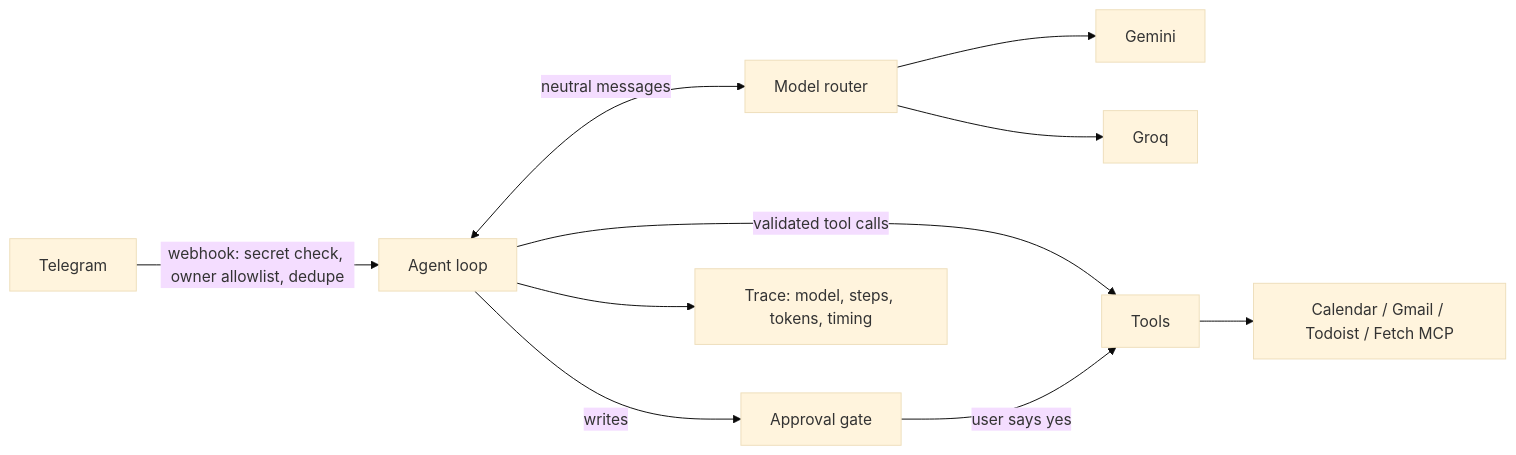
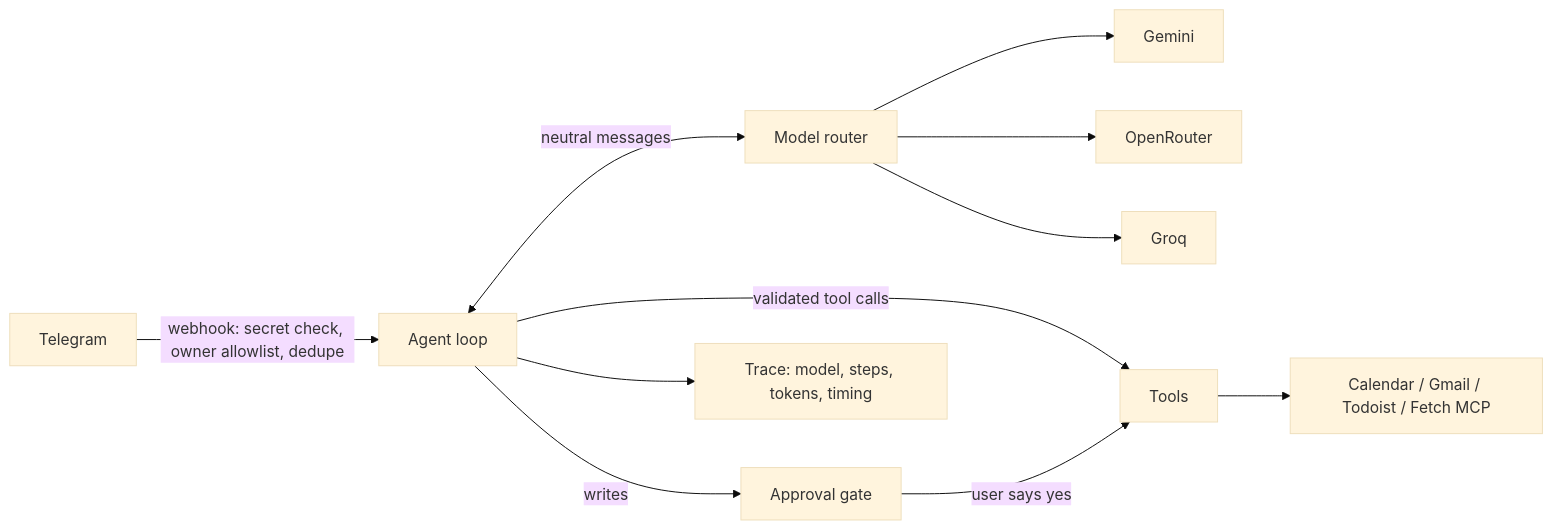
One commit to np2400/sidekick changed the first of 2 diagrams in README.md. Above: the diagram before and after it, drawn with Mermaid (base theme). The commit also changed other lines of this file and 8 other files, not shown here.

First line of the commit message:
OpenRouter first: the same gpt-oss-120b, paid, only on hosts that don't keep or train on requests; real cost per answer

````diff
--- a/README.md
+++ b/README.md
@@ -28,12 +28,13 @@
 ```mermaid
 flowchart LR
     U[Telegram] -->|webhook: secret check, owner allowlist, dedupe| A[Agent loop]
     A <-->|neutral messages| R[Model router]
     R --> G[Gemini]
+    R --> O[OpenRouter]
     R --> Q[Groq]
     A -->|validated tool calls| T[Tools]
     T --> C[Calendar / Gmail / Todoist / Fetch MCP]
     A -->|writes| P[Approval gate]
     P -->|user says yes| T
     A --> L[Trace: model, steps, tokens, timing]
 ```
````
